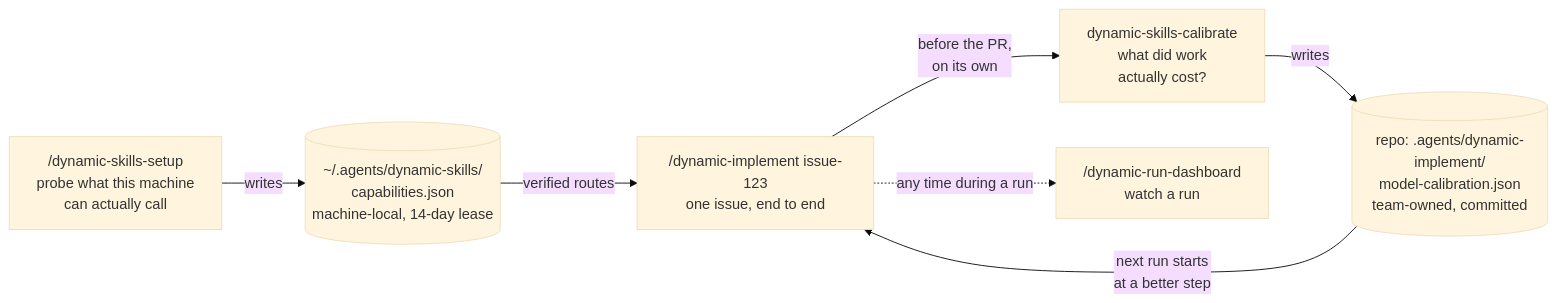
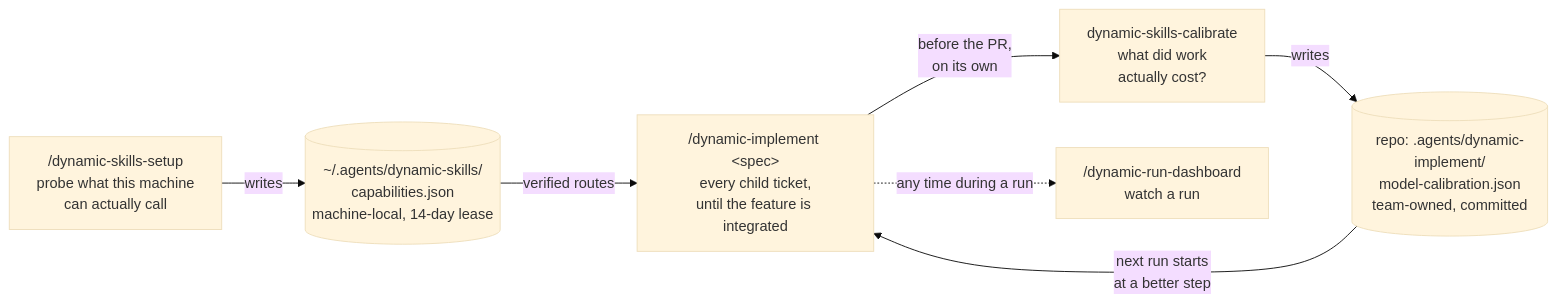
The first of 2 diagrams in README.md (phassle/skills), drawn with Mermaid (base theme) before and after one commit. The commit also changed other lines of this file, not shown here.

First line of the commit message:
readme: make the spec-in, all-children-out flow explicit

````diff
--- a/README.md
+++ b/README.md
@@ -71,16 +71,16 @@
 ```mermaid
 flowchart LR
   S["/dynamic-skills-setup<br/>probe what this machine<br/>can actually call"]
   P[("~/.agents/dynamic-skills/<br/>capabilities.json<br/>machine-local, 14-day lease")]
-  I["/dynamic-implement issue-123<br/>one issue, end to end"]
+  I["/dynamic-implement &lt;spec&gt;<br/>every child ticket,<br/>until the feature is integrated"]
   C["dynamic-skills-calibrate<br/>what did work<br/>actually cost?"]
   K[("repo: .agents/dynamic-implement/<br/>model-calibration.json<br/>team-owned, committed")]
   D["/dynamic-run-dashboard<br/>watch a run"]
 
   S -->|writes| P
   P -->|"verified routes"| I
   I -->|"before the PR,<br/>on its own"| C
   C -->|writes| K
   K -->|"next run starts<br/>at a better step"| I
   I -.->|"any time during a run"| D
 ```
````
